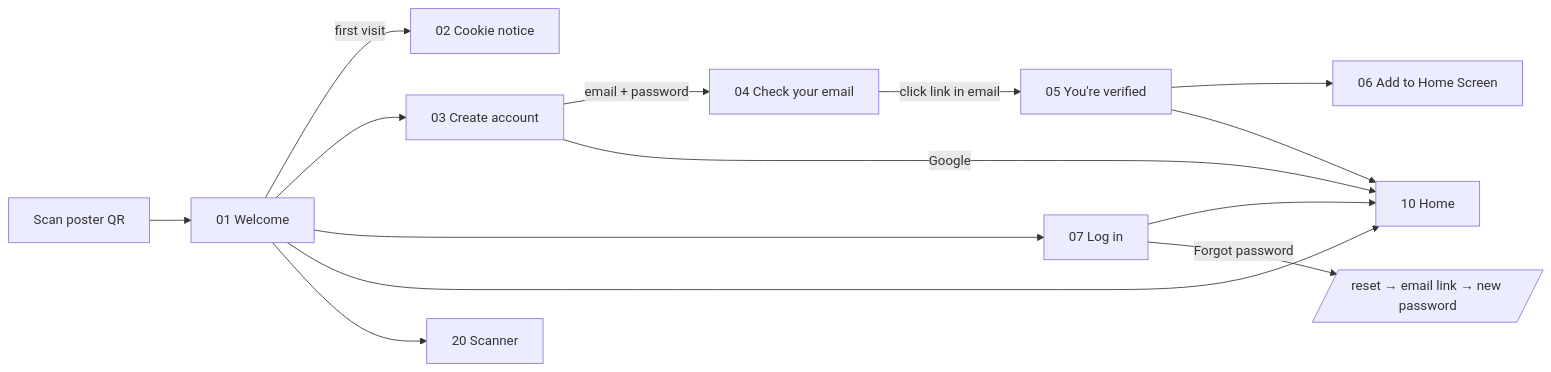
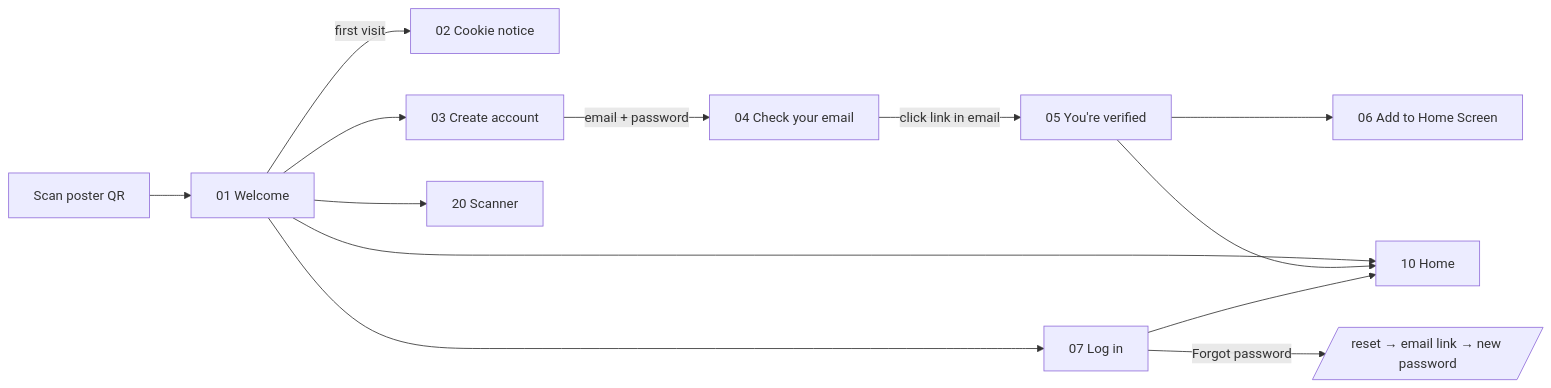
Before and after one commit to vinayakbhat19/signals: the first of 8 diagrams in APP_FLOW.md, drawn with Mermaid. The commit also changed other lines of this file and 268 other files, not shown here.

````diff
--- a/APP_FLOW.md
+++ b/APP_FLOW.md
@@ -75,16 +77,15 @@
 ```mermaid
 flowchart LR
   QR[Scan poster QR] --> W[01 Welcome]
   W -->|first visit| C[02 Cookie notice]
   W --> SU[03 Create account]
   W --> LI[07 Log in]
   W --> H[10 Home]
   W --> SC[20 Scanner]
   SU -->|email + password| CE[04 Check your email]
-  SU -->|Google| H
   CE -->|click link in email| V[05 You're verified]
   V --> I[06 Add to Home Screen]
   V --> H
   LI --> H
   LI -->|Forgot password| R[/reset → email link → new password/]
 ```
````
